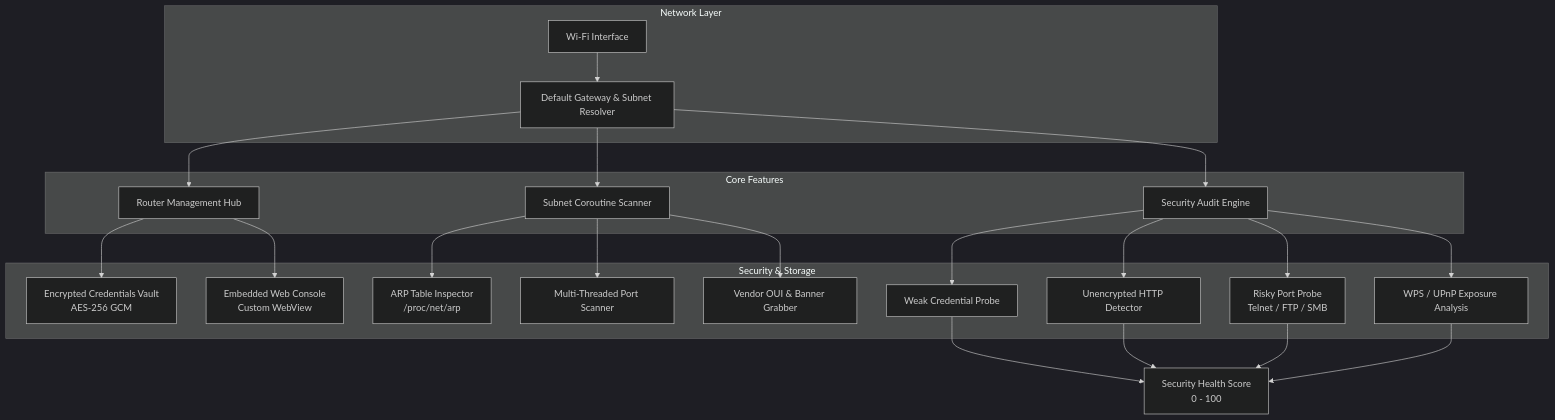
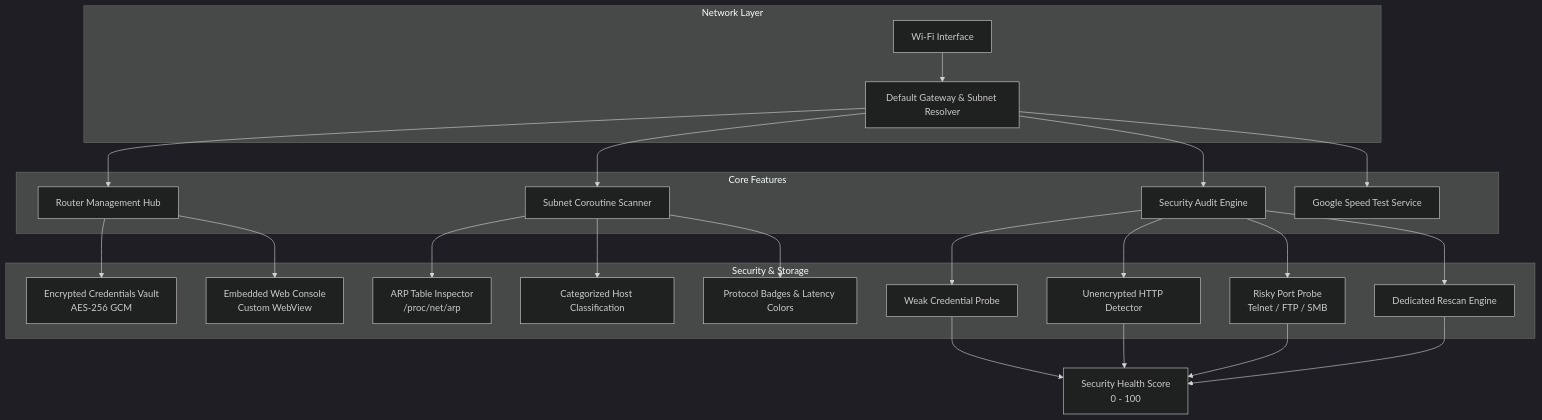
Before and after one commit to sakhanamit/RouterHubAndroid: the diagram in README.md, drawn with Mermaid (dark theme). The commit also changed other lines of this file and 4 other files, not shown here.

Commit message:
Update Google Speed Test engine, remove front page update banner, add popup update dialog, update release links

````diff
--- a/README.md
+++ b/README.md
@@ -50,28 +50,29 @@
 ```mermaid
 flowchart TD
     subgraph Network Layer
         A[Wi-Fi Interface] --> B[Default Gateway & Subnet Resolver]
     end
 
     subgraph Core Features
         B --> C1[Router Management Hub]
         B --> C2[Subnet Coroutine Scanner]
         B --> C3[Security Audit Engine]
+        B --> C4[Google Speed Test Service]
     end
 
     subgraph Security & Storage
         C1 --> D1[Encrypted Credentials Vault\nAES-256 GCM]
         C1 --> D2[Embedded Web Console\nCustom WebView]
 
         C2 --> E1[ARP Table Inspector\n/proc/net/arp]
-        C2 --> E2[Multi-Threaded Port Scanner]
-        C2 --> E3[Vendor OUI & Banner Grabber]
+        C2 --> E2[Categorized Host Classification]
+        C2 --> E3[Protocol Badges & Latency Colors]
 
         C3 --> F1[Weak Credential Probe]
         C3 --> F2[Unencrypted HTTP Detector]
         C3 --> F3[Risky Port Probe\nTelnet / FTP / SMB]
-        C3 --> F4[WPS / UPnP Exposure Analysis]
+        C3 --> F4[Dedicated Rescan Engine]
     end
 
     F1 & F2 & F3 & F4 --> G[Security Health Score\n0 - 100]
 ```
````
